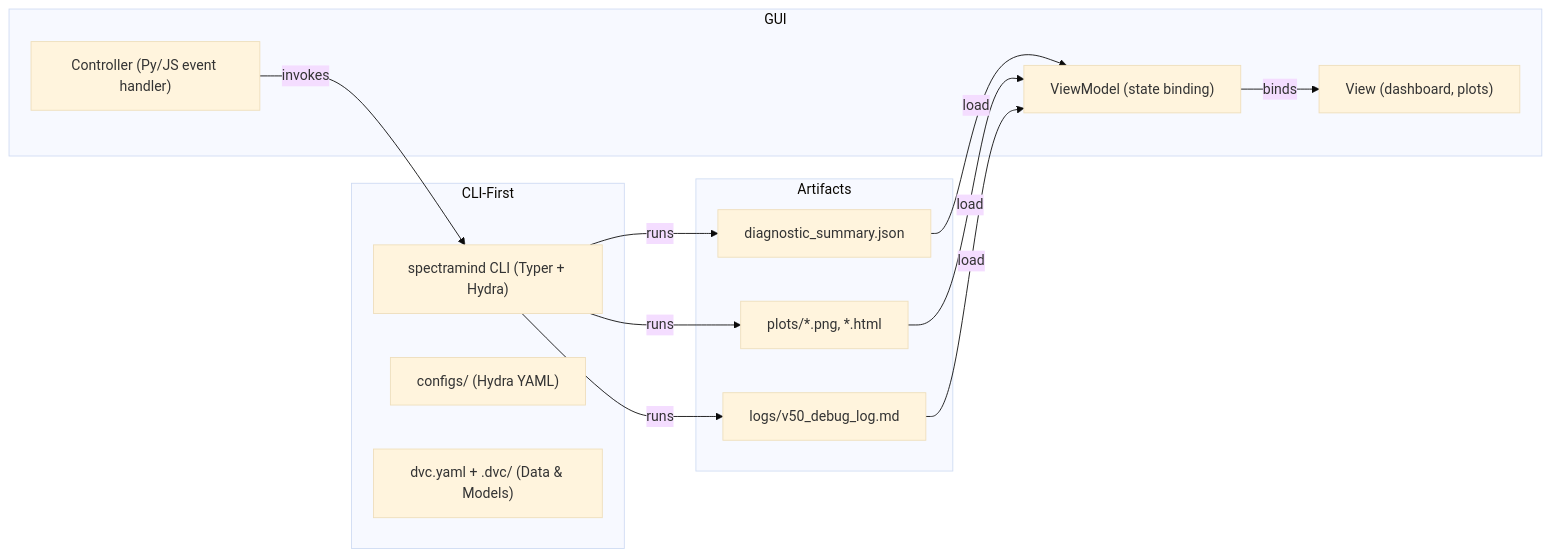
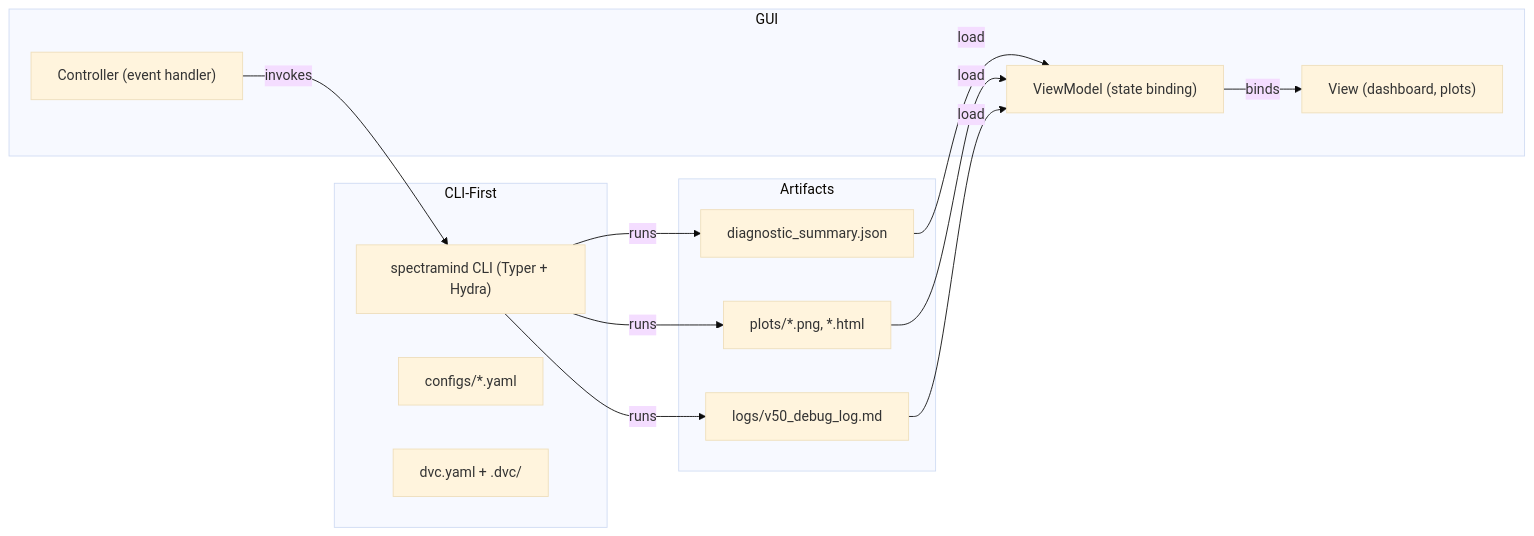
The diagram in docs/gui/ARCHITECTURE.md (bartytime4life/ArielSensorArray), drawn with Mermaid (base theme) before and after one commit. The commit also changed other lines of this file, not shown here.

First line of the commit message:
Revise GUI architecture documentation for clarity

````diff
--- a/docs/gui/ARCHITECTURE.md
+++ b/docs/gui/ARCHITECTURE.md
@@ -39,25 +42,25 @@
 ```mermaid
 flowchart LR
   subgraph CLI-First
     A0["spectramind CLI (Typer + Hydra)"]
-    A1["configs/ (Hydra YAML)"]
-    A2["dvc.yaml + .dvc/ (Data & Models)"]
+    A1["configs/*.yaml"]
+    A2["dvc.yaml + .dvc/"]
   end
 
   subgraph Artifacts
     B1["diagnostic_summary.json"]
     B2["plots/*.png, *.html"]
     B3["logs/v50_debug_log.md"]
   end
 
   subgraph GUI
-    C1["Controller (Py/JS event handler)"]
+    C1["Controller (event handler)"]
     C2["ViewModel (state binding)"]
     C3["View (dashboard, plots)"]
   end
 
   A0 -->|runs| B1 & B2 & B3
   B1 & B2 & B3 -->|load| C2
   C2 -->|binds| C3
   C1 -->|invokes| A0
 ```
````
